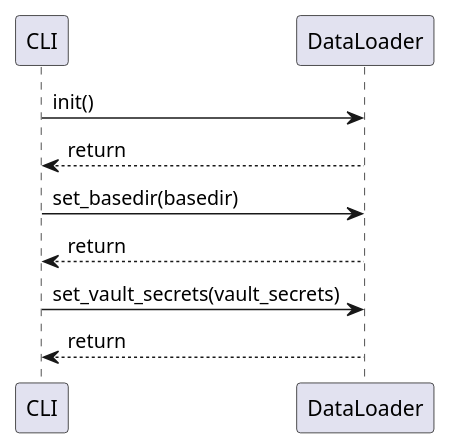
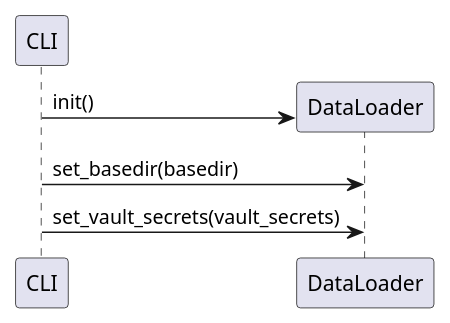
One commit to ezequiels/nazz changed the diagram in project/uml/CLI_Configuration/DataLoader.puml. Above: the diagram before and after it, drawn with PlantUML.

Commit message:
Additional diagrams

```diff
--- a/project/uml/CLI_Configuration/DataLoader.puml
+++ b/project/uml/CLI_Configuration/DataLoader.puml
@@ -1,8 +1,7 @@
 @startuml
+participant CLI
+create DataLoader
 CLI -> DataLoader: init()
-CLI <-- DataLoader: return
 CLI -> DataLoader: set_basedir(basedir)
-CLI <-- DataLoader: return
 CLI -> DataLoader: set_vault_secrets(vault_secrets)
-CLI <-- DataLoader: return
 @enduml
```
